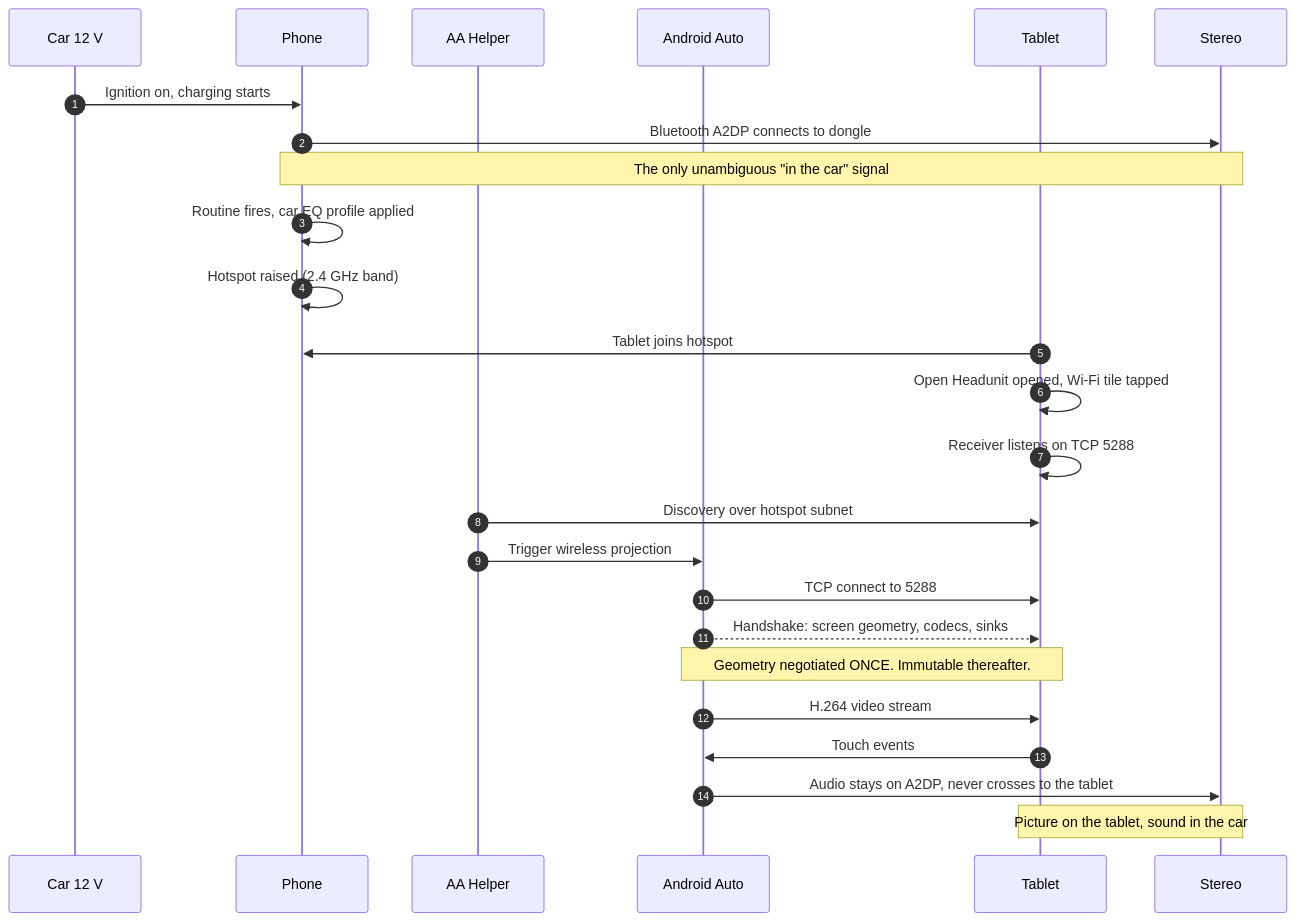
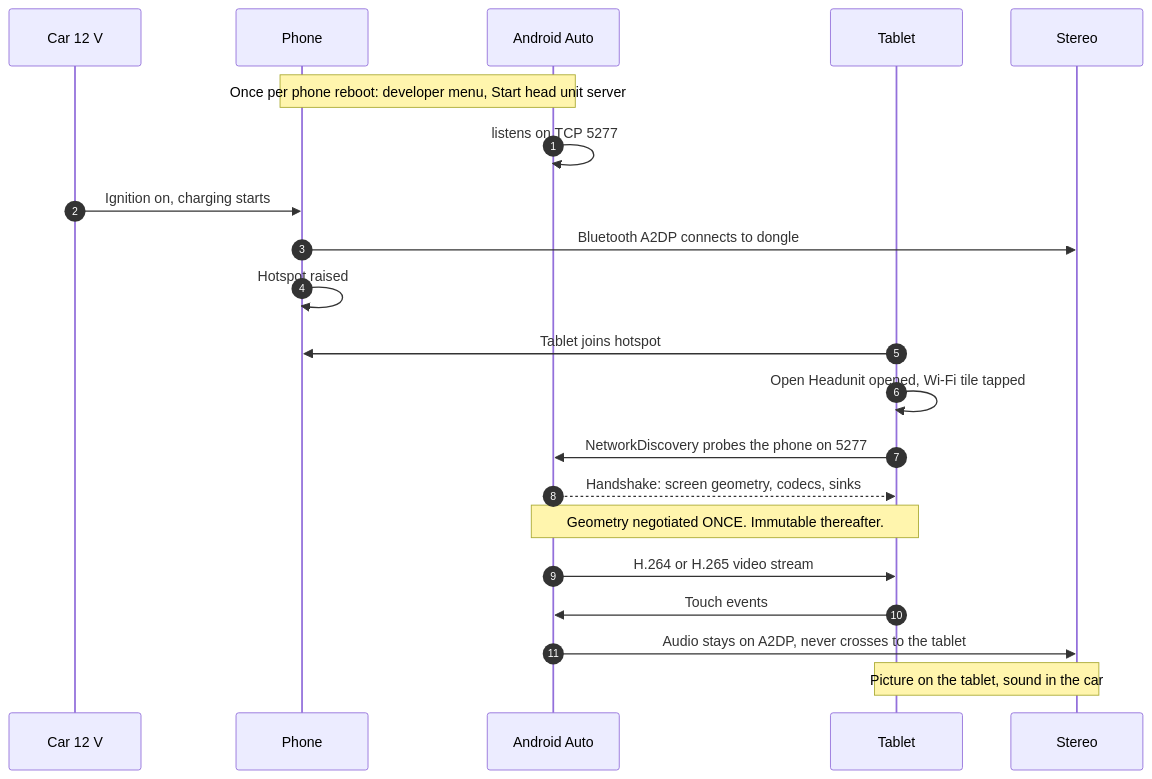
Before and after one commit to AbhiCollegeWork/thardeck: the third of 6 diagrams in docs/01-architecture.md, drawn with Mermaid. The commit also changed other lines of this file and 7 other files, not shown here.

First line of the commit message:
v1.3.0: Google removed the wireless path, rebuild on the head unit server

````diff
--- a/docs/01-architecture.md
+++ b/docs/01-architecture.md
@@ -120,28 +120,24 @@
 ```mermaid
 sequenceDiagram
     autonumber
     participant D as Car 12 V
     participant P as Phone
-    participant H as AA Helper
     participant G as Android Auto
     participant T as Tablet
     participant S as Stereo
 
+    Note over P,G: Once per phone reboot: developer menu, Start head unit server
+    G->>G: listens on TCP 5277
     D->>P: Ignition on, charging starts
     P->>S: Bluetooth A2DP connects to dongle
-    Note over P,S: The only unambiguous "in the car" signal
-    P->>P: Routine fires, car EQ profile applied
-    P->>P: Hotspot raised (2.4 GHz band)
+    P->>P: Hotspot raised
     T->>P: Tablet joins hotspot
     T->>T: Open Headunit opened, Wi-Fi tile tapped
-    T->>T: Receiver listens on TCP 5288
-    H->>T: Discovery over hotspot subnet
-    H->>G: Trigger wireless projection
-    G->>T: TCP connect to 5288
+    T->>G: NetworkDiscovery probes the phone on 5277
     G-->>T: Handshake: screen geometry, codecs, sinks
     Note over G,T: Geometry negotiated ONCE. Immutable thereafter.
-    G->>T: H.264 video stream
+    G->>T: H.264 or H.265 video stream
     T->>G: Touch events
     G->>S: Audio stays on A2DP, never crosses to the tablet
     Note over T,S: Picture on the tablet, sound in the car
 ```
````
